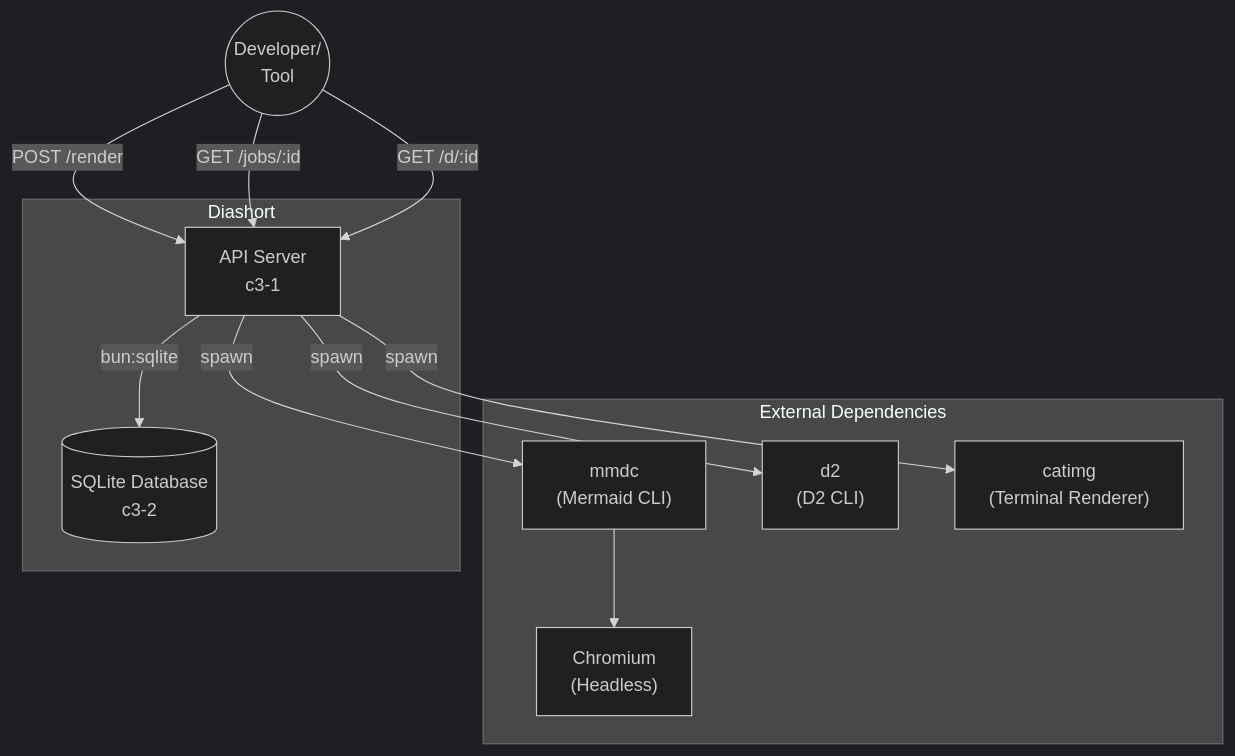
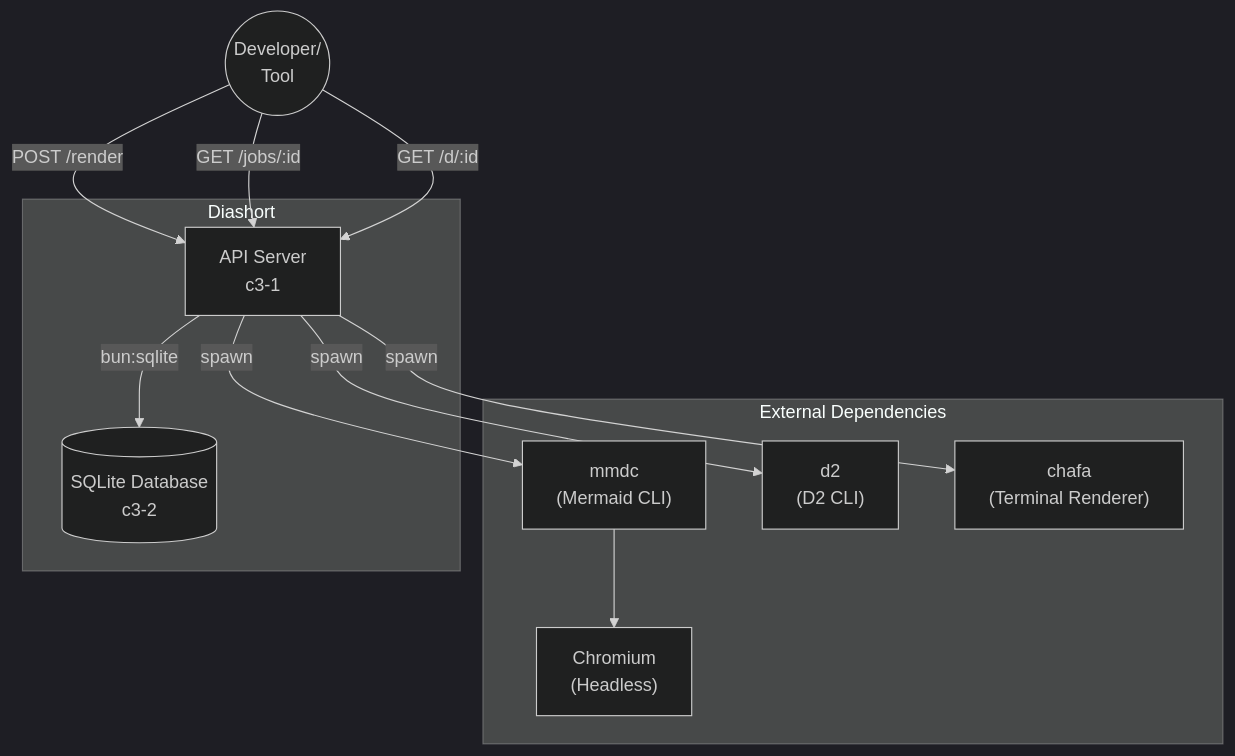
The diagram in .c3/README.md (lagz0ne/diashort), drawn with Mermaid (dark theme) before and after one commit. The commit also changed other lines of this file and 15 other files, not shown here.

First line of the commit message:
feat: replace catimg with chafa for higher quality terminal output

````diff
--- a/.c3/README.md
+++ b/.c3/README.md
@@ -23,24 +23,24 @@
 ```mermaid
 flowchart TB
     subgraph External["External Dependencies"]
         MMDC["mmdc<br/>(Mermaid CLI)"]
         D2["d2<br/>(D2 CLI)"]
         Chromium["Chromium<br/>(Headless)"]
-        Catimg["catimg<br/>(Terminal Renderer)"]
+        Chafa["chafa<br/>(Terminal Renderer)"]
     end
 
     subgraph Diashort["Diashort"]
         API["API Server<br/>c3-1"]
         SQLite[("SQLite Database<br/>c3-2")]
     end
 
     User((Developer/<br/>Tool)) -->|POST /render| API
     User -->|GET /jobs/:id| API
     User -->|GET /d/:id| API
 
     API -->|spawn| MMDC
     API -->|spawn| D2
-    API -->|spawn| Catimg
+    API -->|spawn| Chafa
     API -->|bun:sqlite| SQLite
     MMDC --> Chromium
 ```
````
